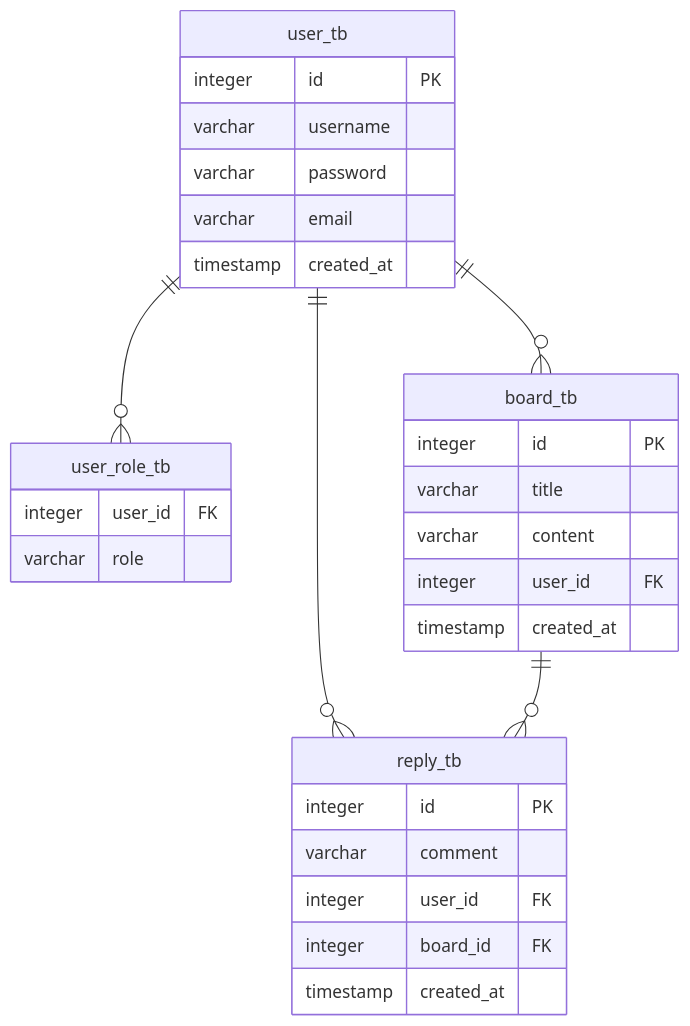
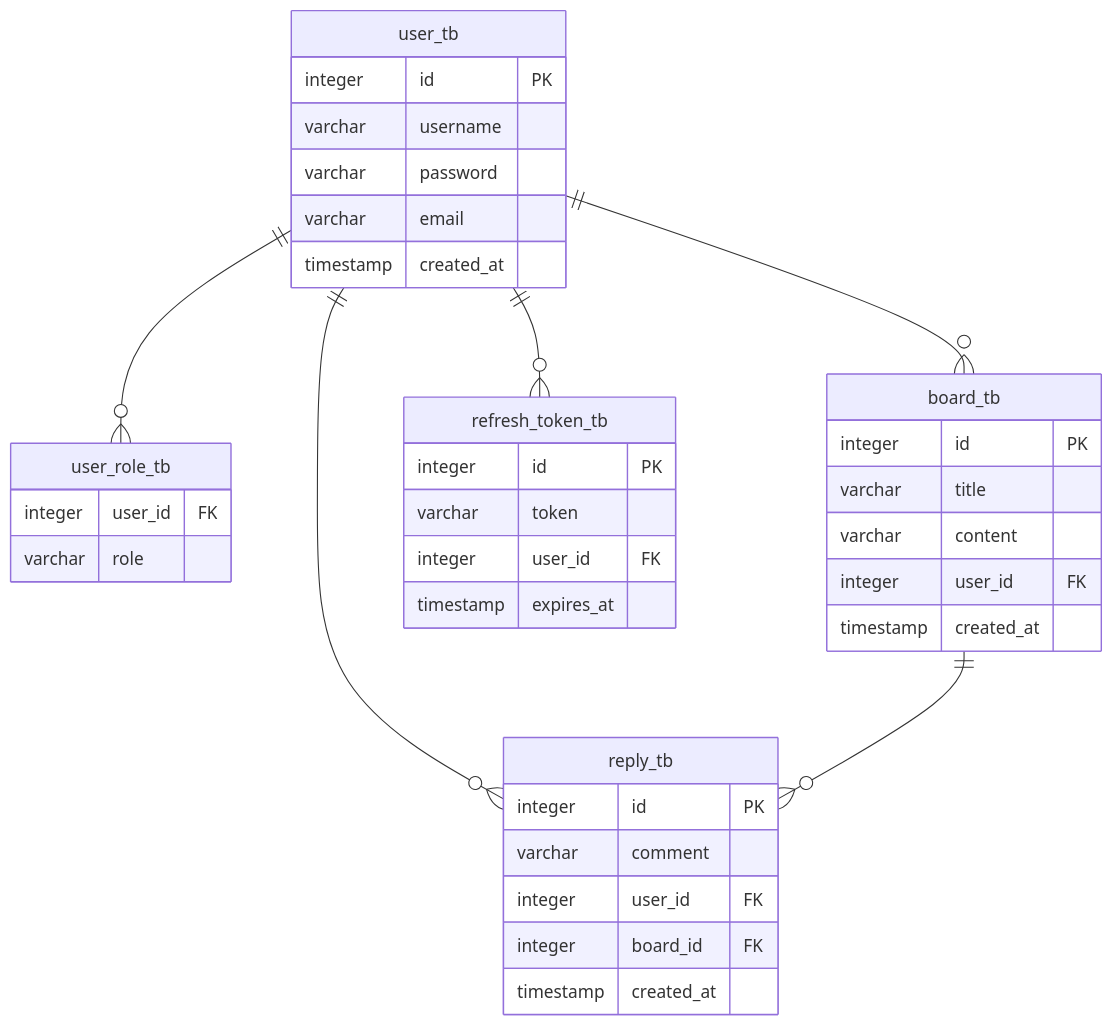
The diagram in .projectcode/wiki/erd.md (insertvalue2/rest_api_spring_boot_v1), drawn with Mermaid before and after one commit. The commit also changed other lines of this file and 5 other files, not shown here.

````diff
--- a/.projectcode/wiki/erd.md
+++ b/.projectcode/wiki/erd.md
@@ -5,32 +5,39 @@
 ```mermaid
 erDiagram
   user_tb ||--o{ user_role_tb : ""
   user_tb ||--o{ board_tb : ""
   user_tb ||--o{ reply_tb : ""
   board_tb ||--o{ reply_tb : ""
+  user_tb ||--o{ refresh_token_tb : ""
   user_tb {
     integer id PK
     varchar username
     varchar password
     varchar email
     timestamp created_at
   }
   user_role_tb {
     integer user_id FK
     varchar role
   }
   board_tb {
     integer id PK
     varchar title
     varchar content
     integer user_id FK
     timestamp created_at
   }
   reply_tb {
     integer id PK
     varchar comment
     integer user_id FK
     integer board_id FK
     timestamp created_at
   }
+  refresh_token_tb {
+    integer id PK
+    varchar token
+    integer user_id FK
+    timestamp expires_at
+  }
 ```
````
